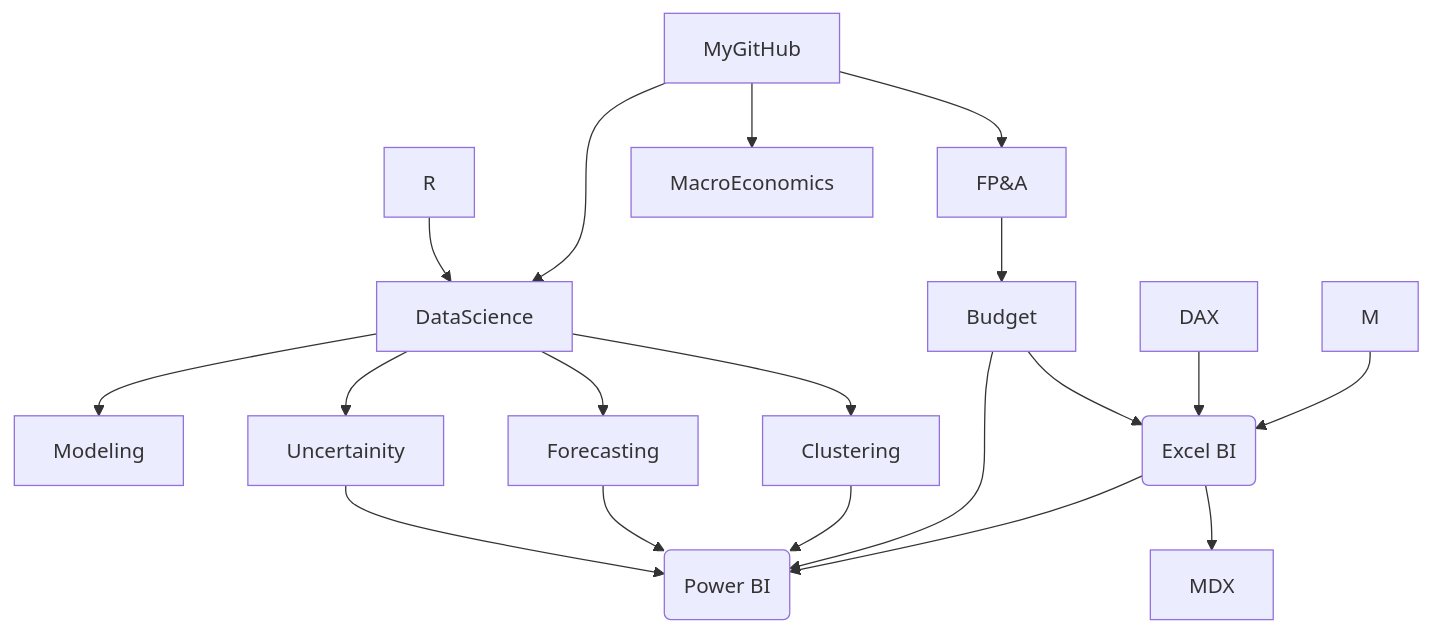
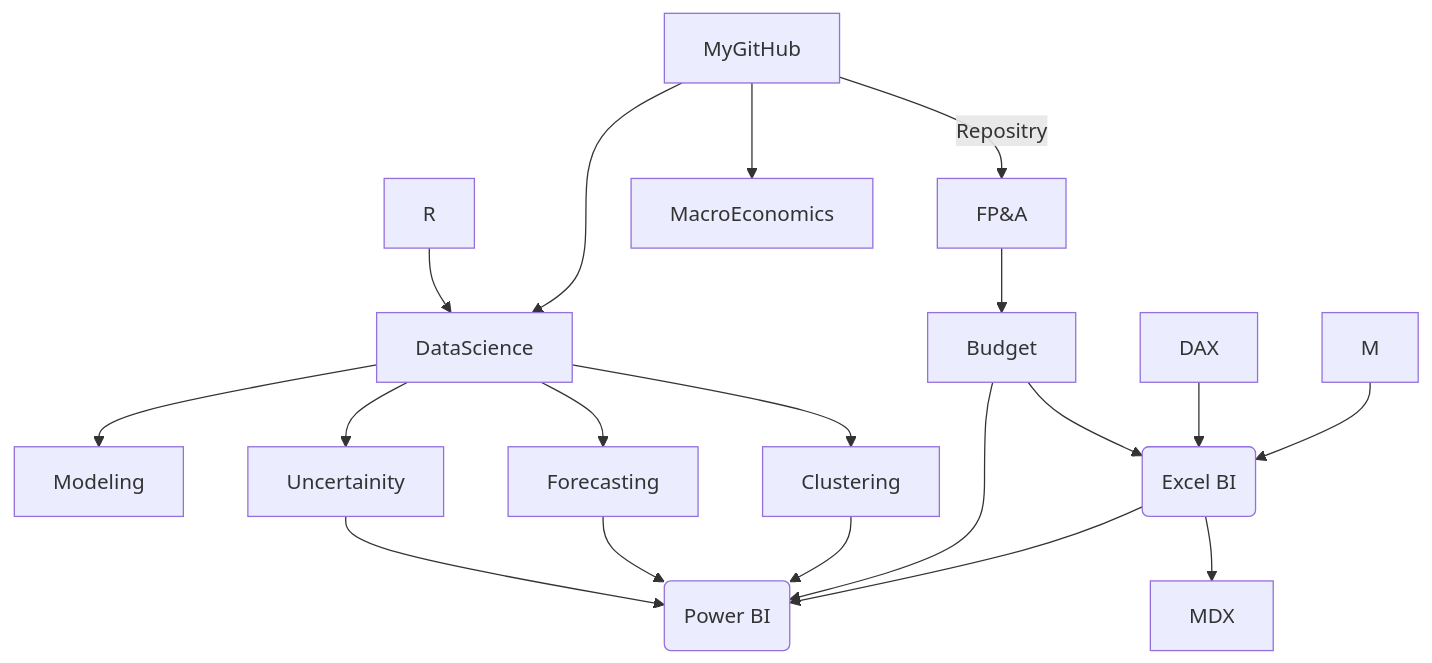
Before and after one commit to md3629/md3629: the diagram in README.md, drawn with Mermaid.

````diff
--- a/README.md
+++ b/README.md
@@ -9,21 +9,21 @@
 ```mermaid
 graph TD;
-    MyGitHub-->FP&A;
+    MyGitHub-->|Repositry|FP&A;
     FP&A-->Budget;
     R-->DataScience;
     MyGitHub-->DataScience;
     MyGitHub-->MacroEconomics;
     DataScience-->Modeling;
     DataScience-->Forecasting;
     DataScience-->Clustering;
     DataScience-->Uncertainity;
     Uncertainity-->P(Power BI);
     Forecasting-->P(Power BI);
     Clustering-->P(Power BI);
     Budget-->P(Power BI);
     Budget-->E(Excel BI);
     DAX-->E(Excel BI);
     M-->E(Excel BI);
     E(Excel BI)-->P(Power BI);
     E(Excel BI)-->MDX;
 ```
````
